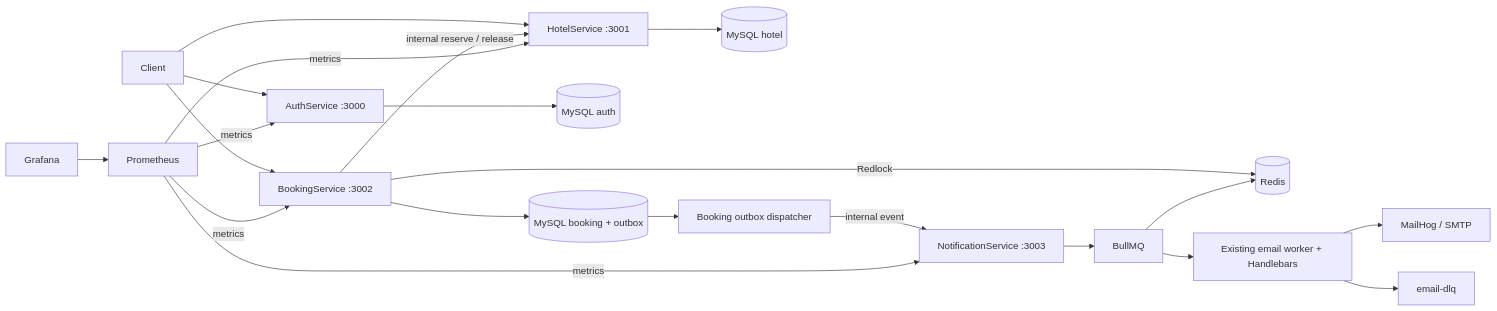
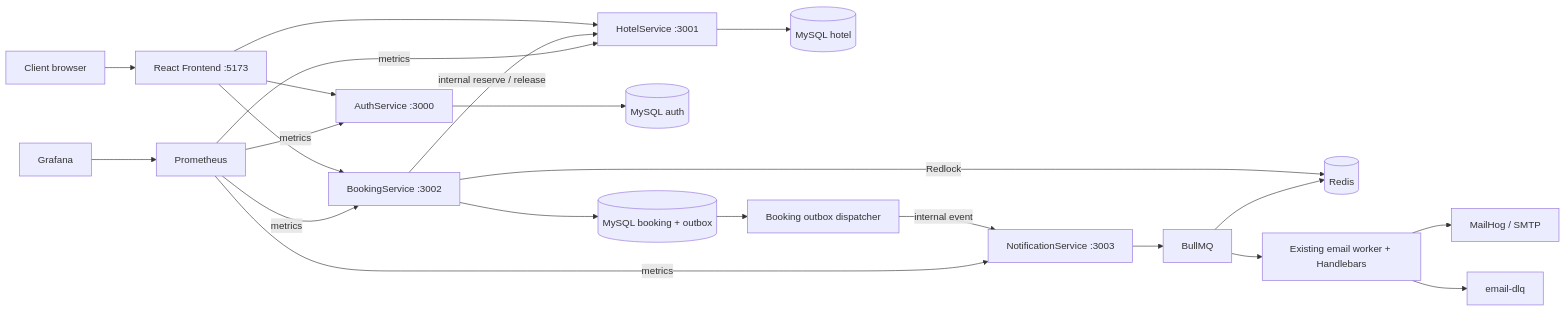
Before and after one commit to devk-harsh/restivio_complete: the diagram in README.md, drawn with Mermaid. The commit also changed other lines of this file and 52 other files, not shown here.

First line of the commit message:
feat: add React booking frontend and polished local demo

````diff
--- a/README.md
+++ b/README.md
@@ -7,23 +9,24 @@
 ```mermaid
 flowchart LR
-  Client --> Auth[AuthService :3000]
-  Client --> Hotel[HotelService :3001]
-  Client --> Booking[BookingService :3002]
+  Client[Client browser] --> Frontend[React Frontend :5173]
+  Frontend --> Auth[AuthService :3000]
+  Frontend --> Hotel[HotelService :3001]
+  Frontend --> Booking[BookingService :3002]
   Auth --> AuthDB[(MySQL auth)]
   Hotel --> HotelDB[(MySQL hotel)]
   Booking --> BookingDB[(MySQL booking + outbox)]
   Booking -->|internal reserve / release| Hotel
   Booking -->|Redlock| Redis[(Redis)]
   BookingDB --> Dispatcher[Booking outbox dispatcher]
   Dispatcher -->|internal event| Notification[NotificationService :3003]
   Notification --> Queue[BullMQ]
   Queue --> Redis
   Queue --> Worker[Existing email worker + Handlebars]
   Worker --> SMTP[MailHog / SMTP]
   Worker --> DLQ[email-dlq]
   Prometheus -->|metrics| Auth
   Prometheus -->|metrics| Hotel
   Prometheus -->|metrics| Booking
   Prometheus -->|metrics| Notification
   Grafana --> Prometheus
 ```
````
